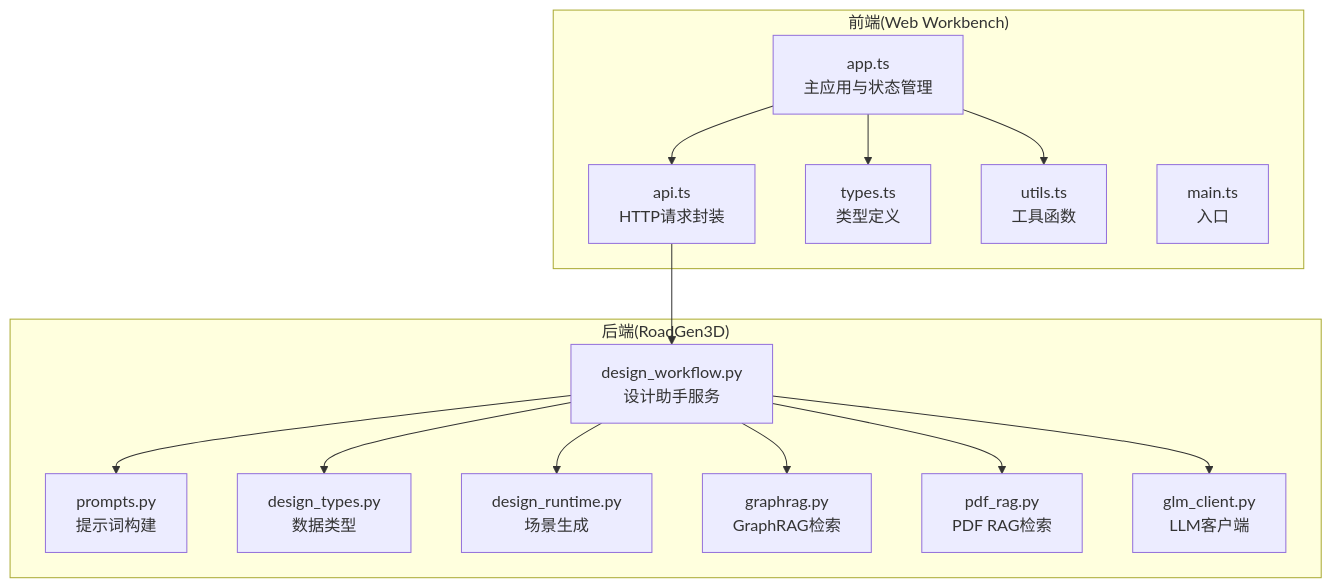
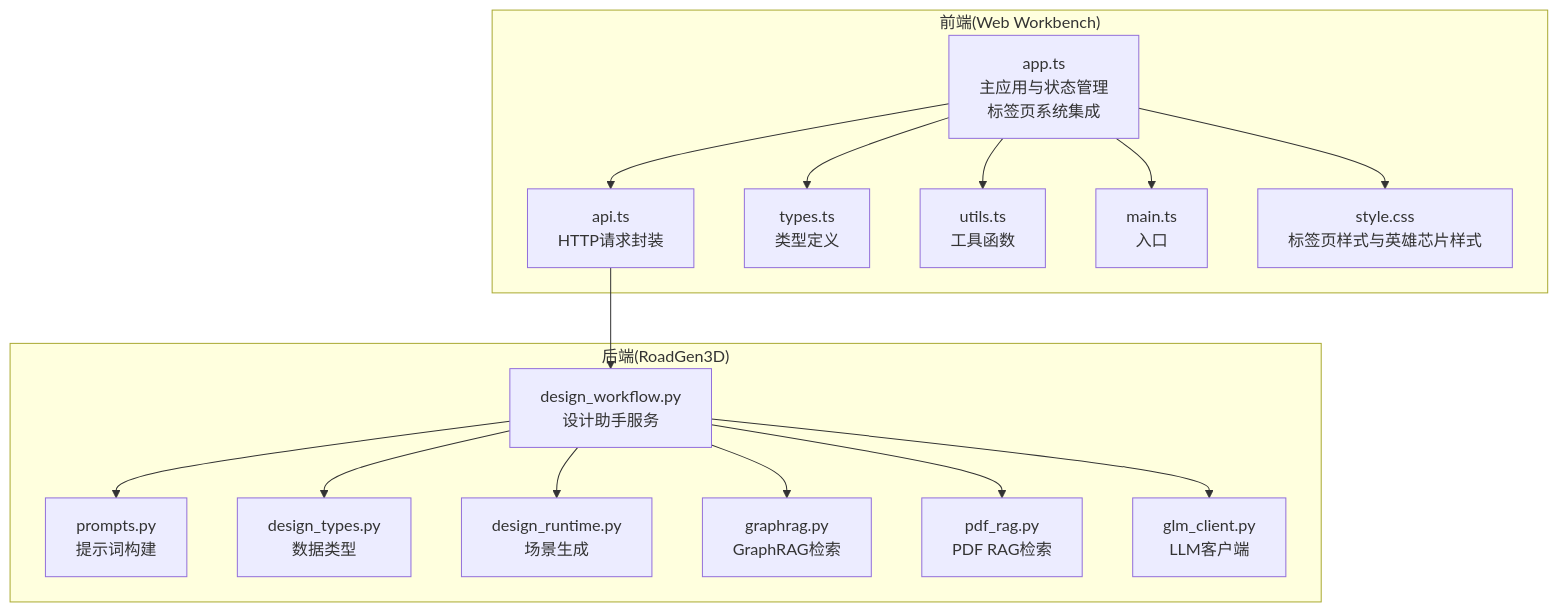
The first of 8 diagrams in .qoder/repowiki/zh/content/Web界面系统/工作台界面/LLM对话面板.md (wsqstar/RoadGen3D), drawn with Mermaid before and after one commit. The commit also changed other lines of this file and 8 other files, not shown here.

````diff
--- a/.qoder/repowiki/zh/content/Web界面系统/工作台界面/LLM对话面板.md
+++ b/.qoder/repowiki/zh/content/Web界面系统/工作台界面/LLM对话面板.md
@@ -39,29 +49,32 @@
 ```mermaid
 graph TB
 subgraph "前端(Web Workbench)"
-A["app.ts<br/>主应用与状态管理"]
+A["app.ts<br/>主应用与状态管理<br/>标签页系统集成"]
 B["api.ts<br/>HTTP请求封装"]
 C["types.ts<br/>类型定义"]
 D["utils.ts<br/>工具函数"]
 E["main.ts<br/>入口"]
+F["style.css<br/>标签页样式与英雄芯片样式"]
 end
 subgraph "后端(RoadGen3D)"
-F["design_workflow.py<br/>设计助手服务"]
-G["prompts.py<br/>提示词构建"]
-H["design_types.py<br/>数据类型"]
-I["design_runtime.py<br/>场景生成"]
-J["graphrag.py<br/>GraphRAG检索"]
-K["pdf_rag.py<br/>PDF RAG检索"]
-L["glm_client.py<br/>LLM客户端"]
+G["design_workflow.py<br/>设计助手服务"]
+H["prompts.py<br/>提示词构建"]
+I["design_types.py<br/>数据类型"]
+J["design_runtime.py<br/>场景生成"]
+K["graphrag.py<br/>GraphRAG检索"]
+L["pdf_rag.py<br/>PDF RAG检索"]
+M["glm_client.py<br/>LLM客户端"]
 end
 A --> B
 A --> C
 A --> D
-B --> F
-F --> G
-F --> H
-F --> I
-F --> J
-F --> K
-F --> L
+A --> E
+A --> F
+B --> G
+G --> H
+G --> I
+G --> J
+G --> K
+G --> L
+G --> M
 ```
````
